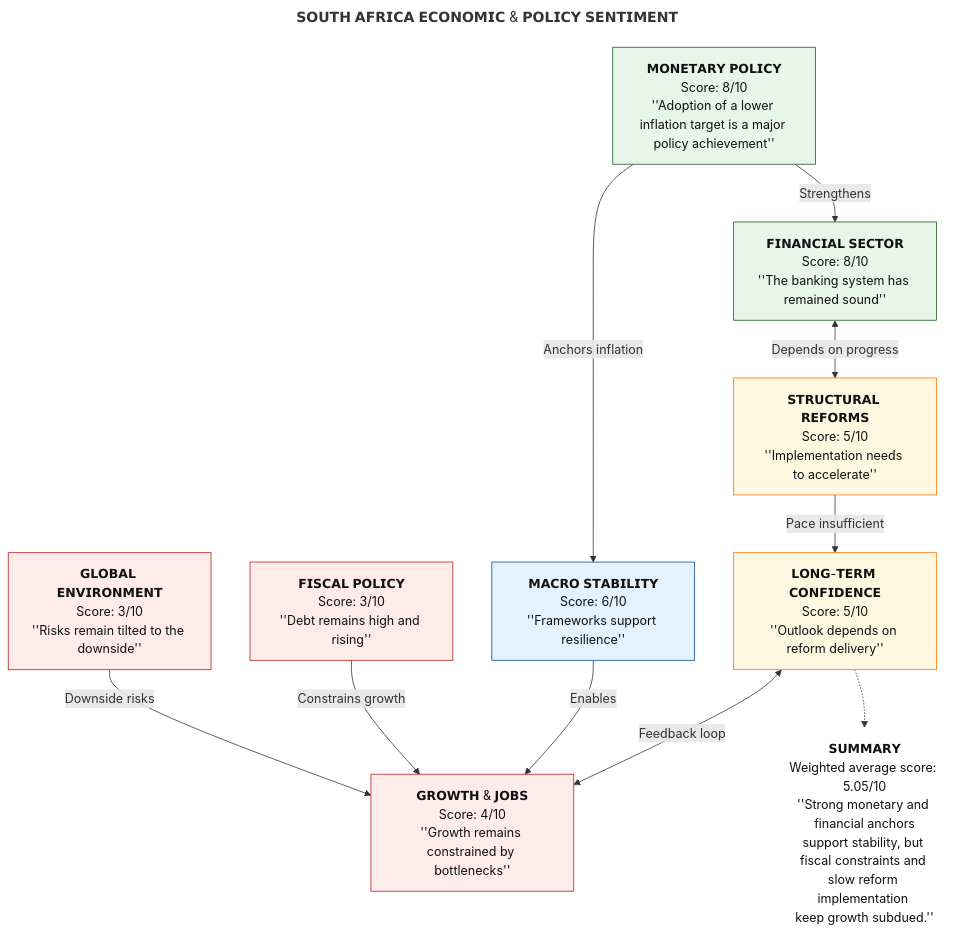
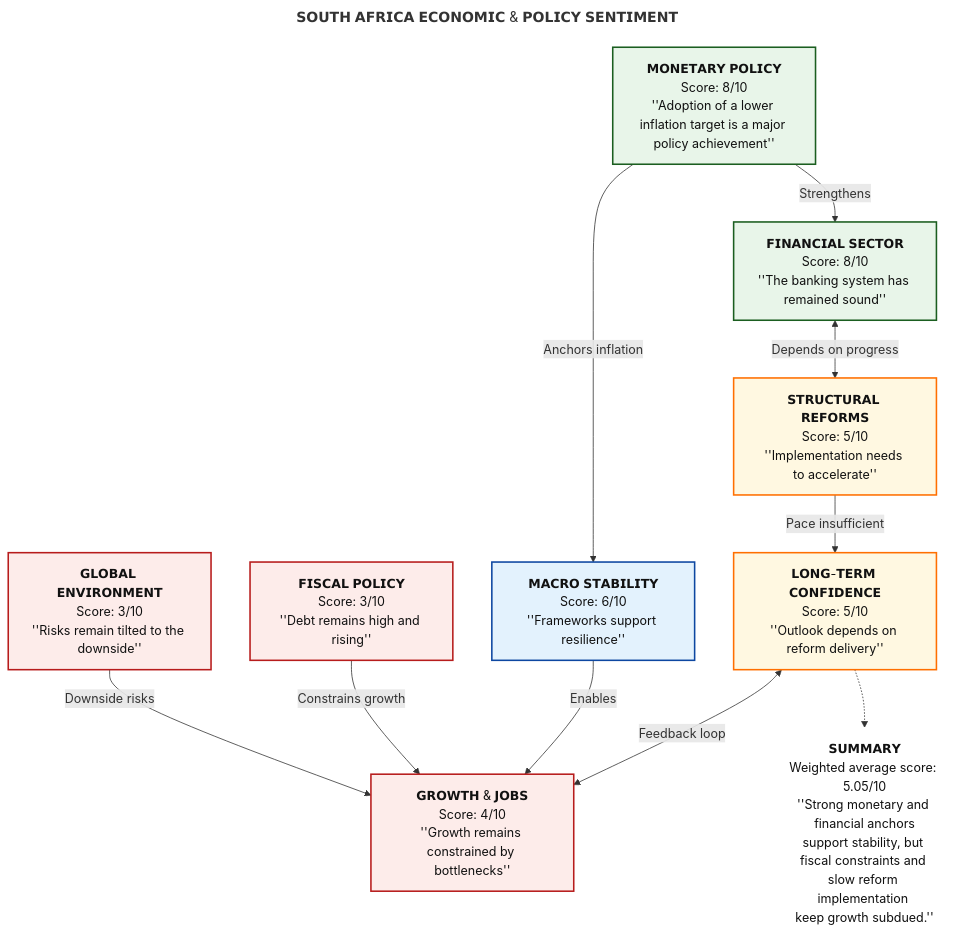
One commit to Tellusant/docs changed the first of 2 diagrams in articles-posts/economic-and-policy-sentiment-zaf.md. Above: the diagram before and after it, drawn with Mermaid. The commit also changed other lines of this file, not shown here.

```diff
--- a/articles-posts/economic-and-policy-sentiment-zaf.md
+++ b/articles-posts/economic-and-policy-sentiment-zaf.md
@@ -22,42 +22,42 @@
 <div class="mermaid">
 ---
 title: 𝗦𝗢𝗨𝗧𝗛 𝗔𝗙𝗥𝗜𝗖𝗔 𝗘𝗖𝗢𝗡𝗢𝗠𝗜𝗖 & 𝗣𝗢𝗟𝗜𝗖𝗬 𝗦𝗘𝗡𝗧𝗜𝗠𝗘𝗡𝗧
 ---
 flowchart TD
 
 %% ========= NODES =========
 GE["𝗚𝗟𝗢𝗕𝗔𝗟 𝗘𝗡𝗩𝗜𝗥𝗢𝗡𝗠𝗘𝗡𝗧\nScore: 3/10\n''Risks remain tilted to the downside''"]:::risk
 FP["𝗙𝗜𝗦𝗖𝗔𝗟 𝗣𝗢𝗟𝗜𝗖𝗬\nScore: 3/10\n''Debt remains high and rising''"]:::risk
 GJ["𝗚𝗥𝗢𝗪𝗧𝗛 & 𝗝𝗢𝗕𝗦\nScore: 4/10\n''Growth remains constrained by bottlenecks''"]:::risk
 MP["𝗠𝗢𝗡𝗘𝗧𝗔𝗥𝗬 𝗣𝗢𝗟𝗜𝗖𝗬\nScore: 8/10\n''Adoption of a lower inflation target is a major policy achievement''"]:::strong
 MS["𝗠𝗔𝗖𝗥𝗢 𝗦𝗧𝗔𝗕𝗜𝗟𝗜𝗧𝗬\nScore: 6/10\n''Frameworks support resilience''"]:::neutral
 FS["𝗙𝗜𝗡𝗔𝗡𝗖𝗜𝗔𝗟 𝗦𝗘𝗖𝗧𝗢𝗥\nScore: 8/10\n''The banking system has remained sound''"]:::strong
 SR["𝗦𝗧𝗥𝗨𝗖𝗧𝗨𝗥𝗔𝗟 𝗥𝗘𝗙𝗢𝗥𝗠𝗦\nScore: 5/10\n''Implementation needs to accelerate''"]:::mixed
 LC["𝗟𝗢𝗡𝗚-𝗧𝗘𝗥𝗠 𝗖𝗢𝗡𝗙𝗜𝗗𝗘𝗡𝗖𝗘\nScore: 5/10\n''Outlook depends on reform delivery''"]:::mixed
 
 %% ========= RELATIONSHIPS =========
 GE -->|Downside risks| GJ
 FP -->|Constrains growth| GJ
 MP -->|Anchors inflation| MS
 MS -->|Enables| GJ
 MP -->|Strengthens| FS
 FS <-->|Depends on progress| SR
 SR -->|Pace insufficient| LC
 LC <-->|Feedback loop| GJ
 
 %% ========= INVISIBLE LAYOUT CONTROL =========
 ANCHOR[" "]:::anchor
 
 %% ========= SUMMARY (FORCED BELOW, NO VISIBLE ARROWS) =========
 SUM["𝗦𝗨𝗠𝗠𝗔𝗥𝗬\nWeighted average score: 5.05/10\n''Strong monetary and financial anchors\nsupport stability, but fiscal constraints and \nslow reform implementation \nkeep growth subdued.''"]:::summary
 LC -.-> SUM:::anchor
 
 %% ========= STYLES =========
-classDef strong  fill:#E8F5E9,stroke:#1B5E20,stroke-width:1px,color:#111;
-classDef neutral fill:#E3F2FD,stroke:#0D47A1,stroke-width:1px,color:#111;
-classDef mixed   fill:#FFF8E1,stroke:#FF6F00,stroke-width:1px,color:#111;
-classDef risk    fill:#FDECEA,stroke:#B71C1C,stroke-width:1px,color:#111;
-classDef summary fill:#F5F5F5,stroke:#424242,stroke-width:1px,color:#111;
+classDef strong  fill:#E8F5E9,stroke:#1B5E20,stroke-width:2px,color:#111;
+classDef neutral fill:#E3F2FD,stroke:#0D47A1,stroke-width:2px,color:#111;
+classDef mixed   fill:#FFF8E1,stroke:#FF6F00,stroke-width:2px,color:#111;
+classDef risk    fill:#FDECEA,stroke:#B71C1C,stroke-width:2px,color:#111;
+classDef summary fill:#F5F5F5,stroke:#424242,stroke-width:2px,color:#111;
 classDef anchor fill:transparent,stroke:transparent;
 
 </div>
```
